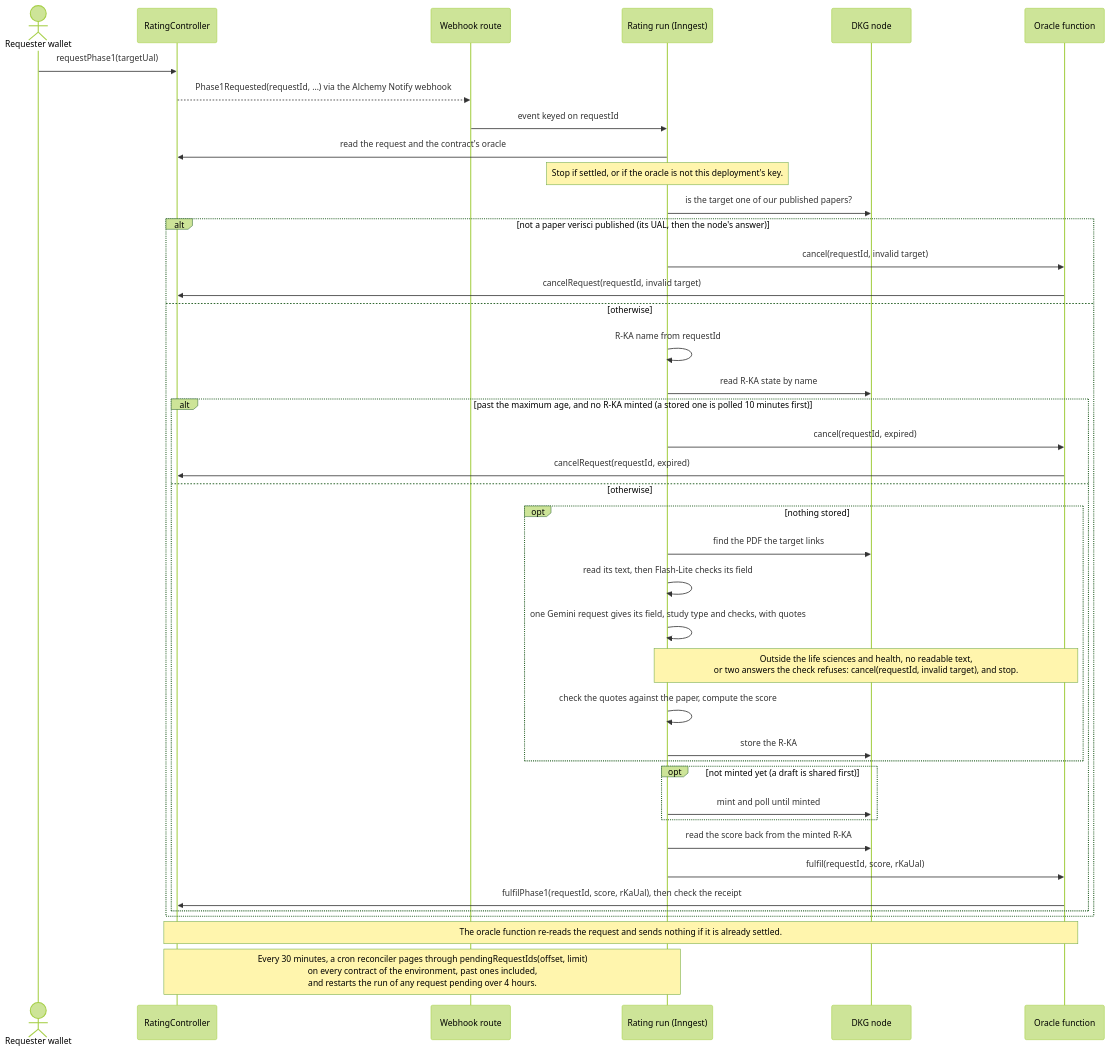
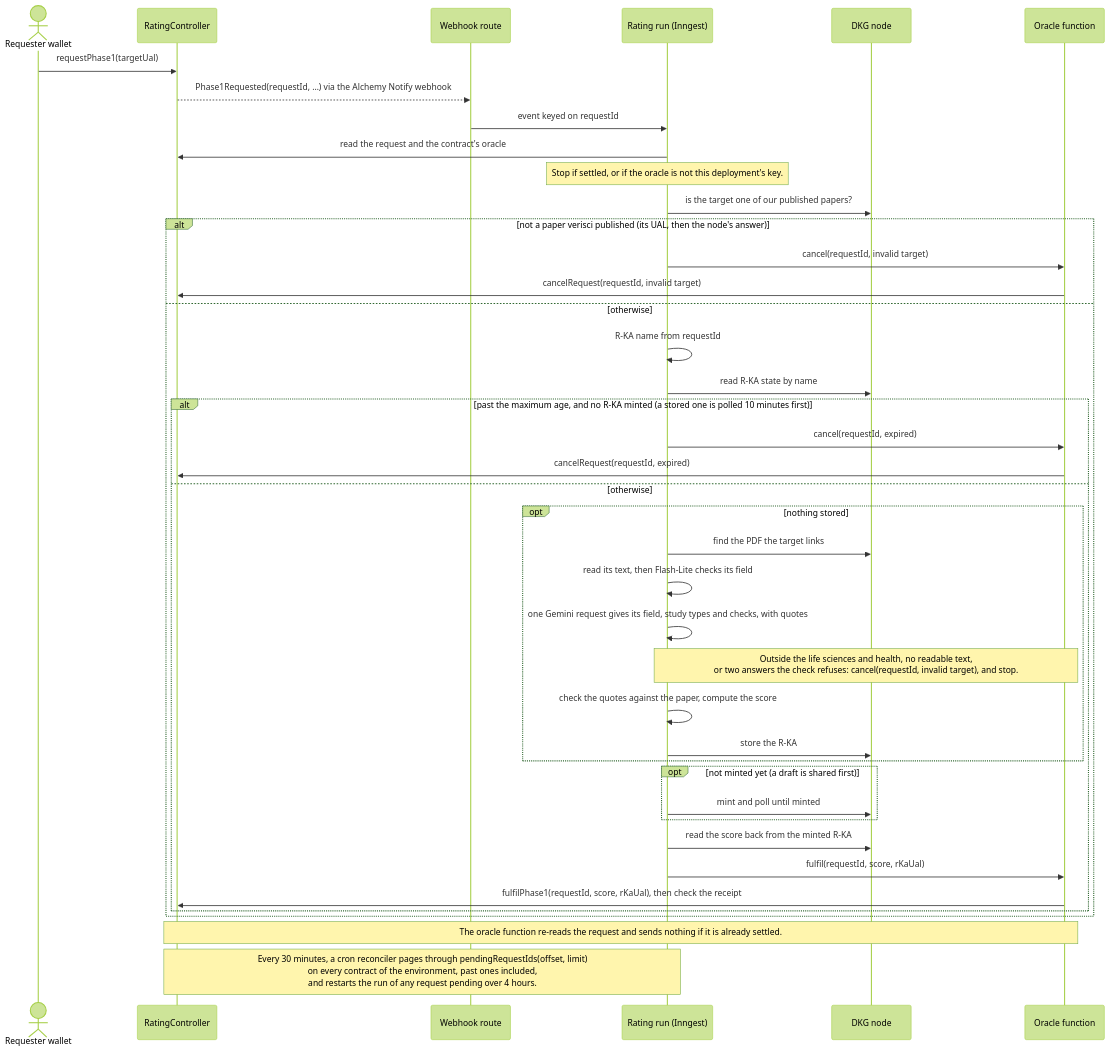
The third of 3 diagrams in README.md (SiegfriedBz/labstrail), drawn with Mermaid (forest theme) before and after one commit. The commit also changed other lines of this file and 61 other files, not shown here.

````diff
--- a/README.md
+++ b/README.md
@@ -248,43 +248,43 @@
 ```mermaid
 sequenceDiagram
   actor U as Requester wallet
   participant C as RatingController
   participant W as Webhook route
   participant R as Rating run (Inngest)
   participant N as DKG node
   participant O as Oracle function
   U->>C: requestPhase1(targetUal)
   C-->>W: Phase1Requested(requestId, …) via the Alchemy Notify webhook
   W->>R: event keyed on requestId
   R->>C: read the request and the contract's oracle
   Note over R: Stop if settled, or if the oracle is not this deployment's key.
   R->>N: is the target one of our published papers?
   alt not a paper verisci published (its UAL, then the node's answer)
     R->>O: cancel(requestId, invalid target)
     O->>C: cancelRequest(requestId, invalid target)
   else otherwise
     R->>R: R-KA name from requestId
     R->>N: read R-KA state by name
     alt past the maximum age, and no R-KA minted (a stored one is polled 10 minutes first)
       R->>O: cancel(requestId, expired)
       O->>C: cancelRequest(requestId, expired)
     else otherwise
       opt nothing stored
         R->>N: find the PDF the target links
         R->>R: read its text, then Flash-Lite checks its field
-        R->>R: one Gemini request gives its field, study type and checks, with quotes
+        R->>R: one Gemini request gives its field, study types and checks, with quotes
         Note over R,O: Outside the life sciences and health, no readable text,<br/>or two answers the check refuses: cancel(requestId, invalid target), and stop.
         R->>R: check the quotes against the paper, compute the score
         R->>N: store the R-KA
       end
       opt not minted yet (a draft is shared first)
         R->>N: mint and poll until minted
       end
       R->>N: read the score back from the minted R-KA
       R->>O: fulfil(requestId, score, rKaUal)
       O->>C: fulfilPhase1(requestId, score, rKaUal), then check the receipt
     end
   end
   Note over C,O: The oracle function re-reads the request and sends nothing if it is already settled.
   Note over C,R: Every 30 minutes, a cron reconciler pages through pendingRequestIds(offset, limit)<br/>on every contract of the environment, past ones included,<br/>and restarts the run of any request pending over 4 hours.
 ```
````
